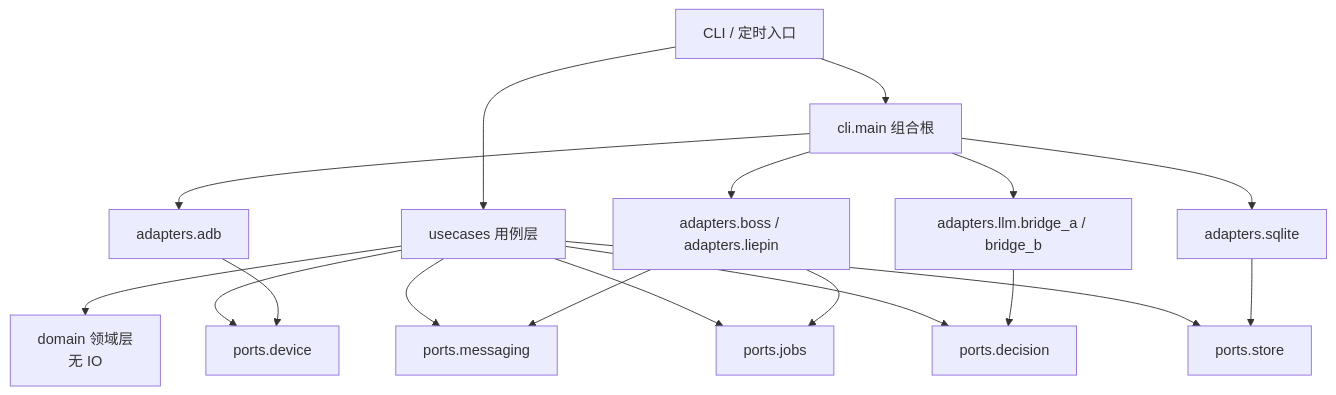
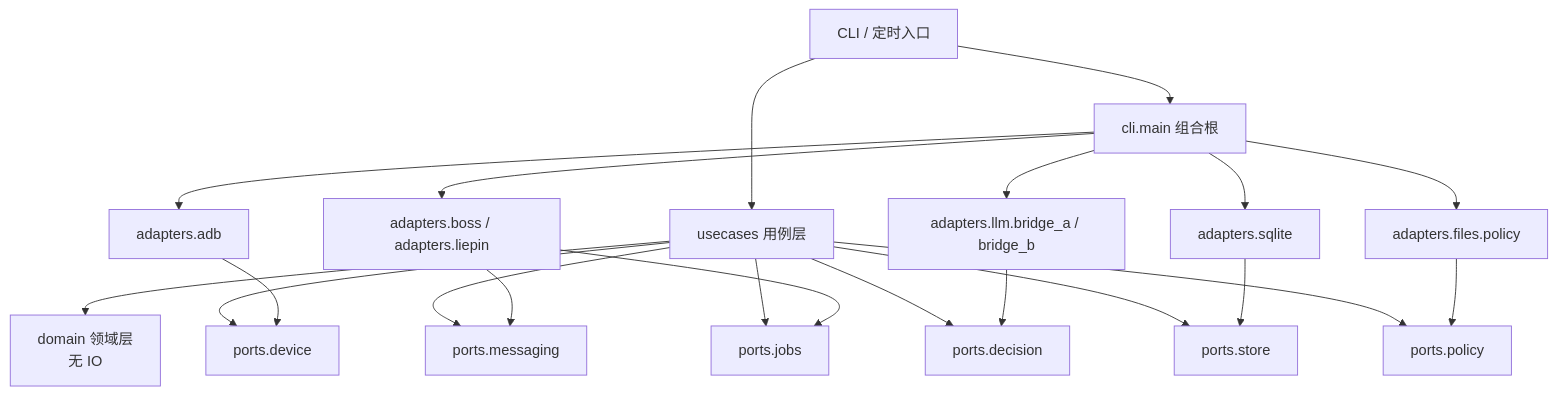
The diagram in docs/求职自动化_多应用扩展与分层_设计说明_20261123.md (bin448482/job-application-openagent), drawn with Mermaid before and after one commit. The commit also changed other lines of this file and 4 other files, not shown here.

````diff
--- a/docs/求职自动化_多应用扩展与分层_设计说明_20261123.md
+++ b/docs/求职自动化_多应用扩展与分层_设计说明_20261123.md
@@ -25,20 +25,23 @@
 ```mermaid
 flowchart TD
   CLI[CLI / 定时入口] --> UC[usecases 用例层]
   UC --> DOM[domain 领域层<br/>无 IO]
   UC --> P1[ports.device]
   UC --> P2[ports.messaging]
   UC --> P3[ports.jobs]
   UC --> P4[ports.decision]
   UC --> P5[ports.store]
+  UC --> P6[ports.policy]
   A1[adapters.adb] --> P1
   A2[adapters.boss / adapters.liepin] --> P2
   A2 --> P3
   A3[adapters.llm.bridge_a / bridge_b] --> P4
   A4[adapters.sqlite] --> P5
+  A5[adapters.files.policy] --> P6
   CLI --> W[cli.main 组合根]
   W --> A1
   W --> A2
   W --> A3
   W --> A4
+  W --> A5
 ```
````
